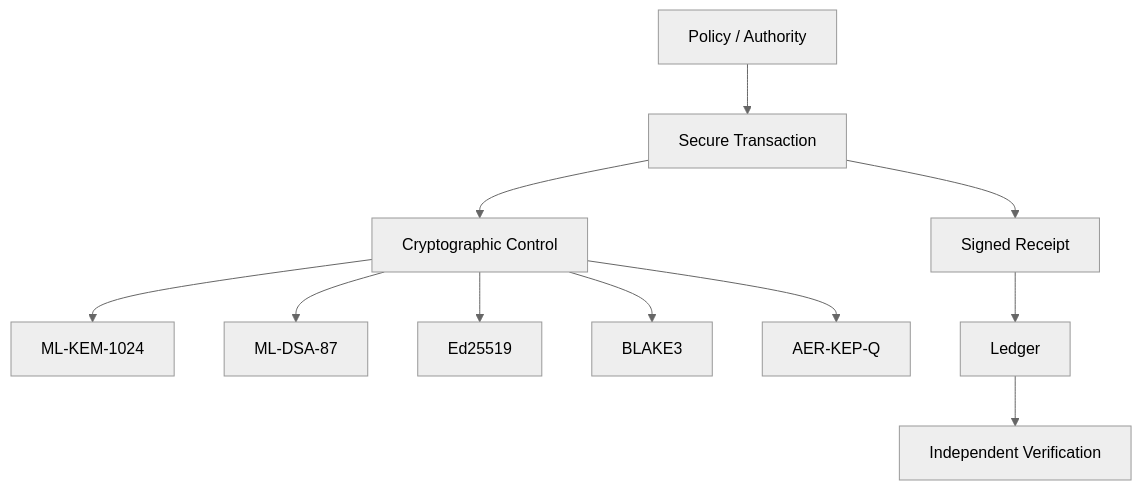
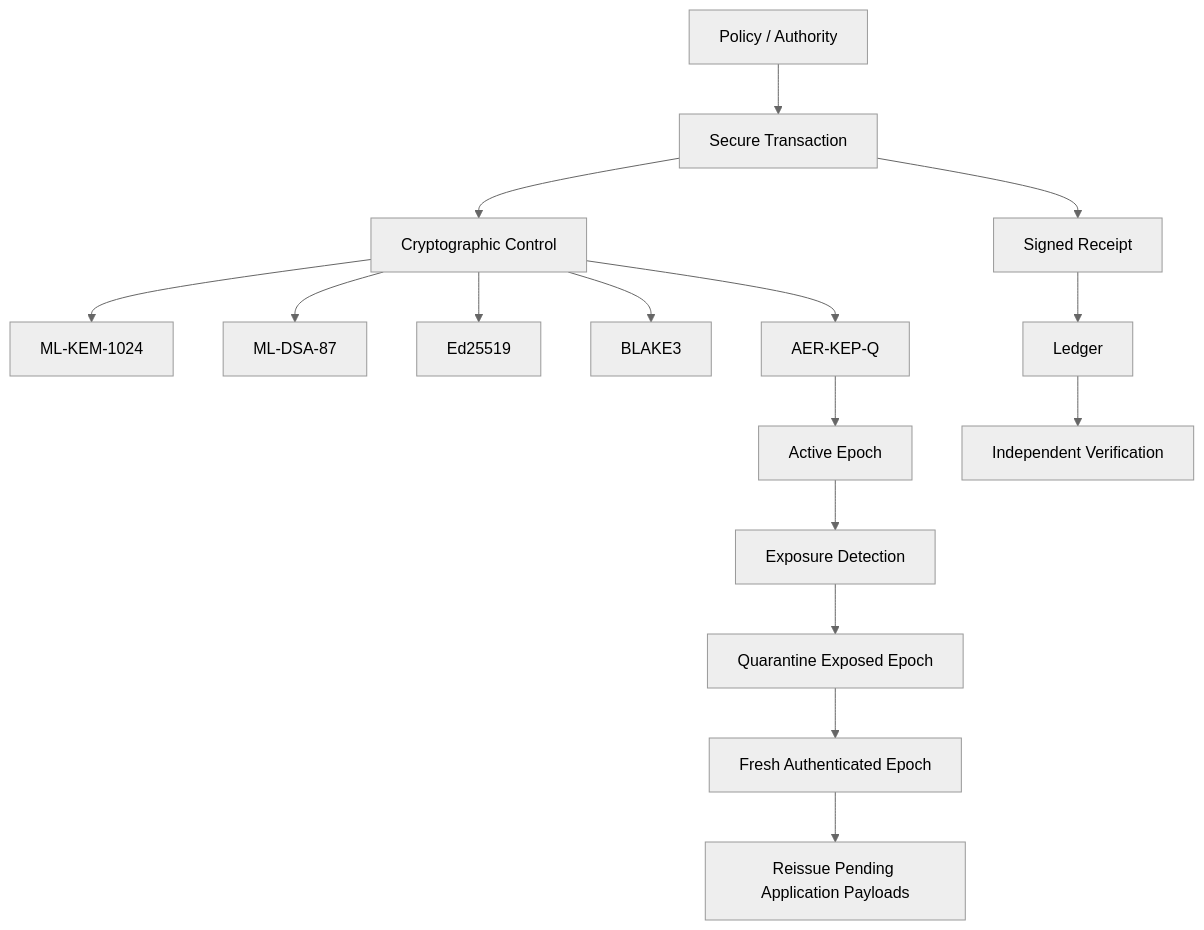
The fifth of 7 diagrams in README.md (vishnuvardhanburri/VARDHAN_Q_CORE-PLATFORM), drawn with Mermaid (neutral theme) before and after one commit. The commit also changed other lines of this file, not shown here.

Commit message:
docs(readme): add assurance roadmap and certification badges

````diff
--- a/README.md
+++ b/README.md
@@ -129,13 +176,18 @@
 ```mermaid
 flowchart TB
-    A[Policy / Authority] --> B[Secure Transaction]
-    B --> C[Cryptographic Control]
-    C --> D[ML-KEM-1024]
-    C --> E[ML-DSA-87]
-    C --> F[Ed25519]
-    C --> G[BLAKE3]
-    C --> H[AER-KEP-Q]
-    B --> I[Signed Receipt]
-    I --> J[Ledger]
-    J --> K[Independent Verification]
+    P[Policy / Authority] --> X[Secure Transaction]
+    X --> K[Cryptographic Control]
+    K --> MK[ML-KEM-1024]
+    K --> MD[ML-DSA-87]
+    K --> ED[Ed25519]
+    K --> B[BLAKE3]
+    K --> A[AER-KEP-Q]
+    A --> E[Active Epoch]
+    E --> D[Exposure Detection]
+    D --> Q[Quarantine Exposed Epoch]
+    Q --> N[Fresh Authenticated Epoch]
+    N --> R[Reissue Pending Application Payloads]
+    X --> SR[Signed Receipt]
+    SR --> L[Ledger]
+    L --> IV[Independent Verification]
 ```
````
